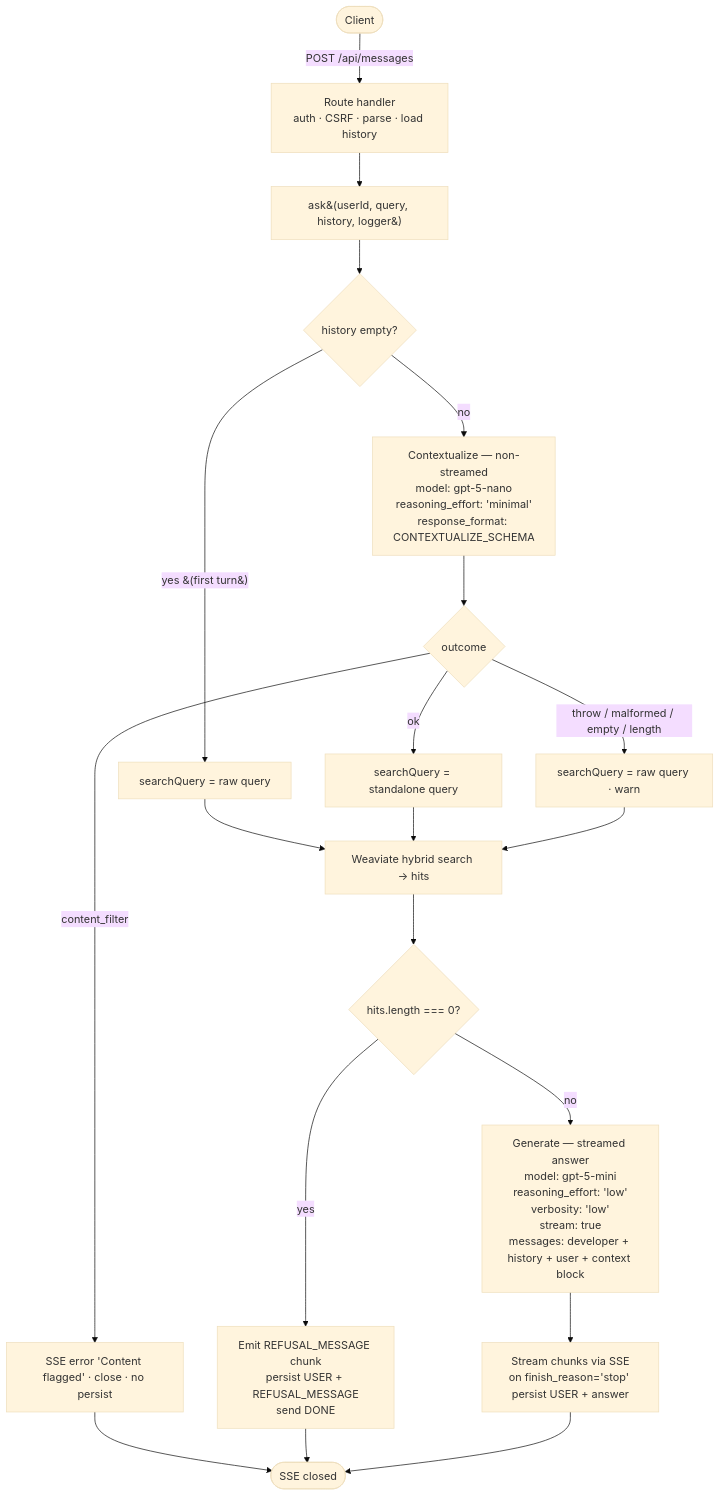
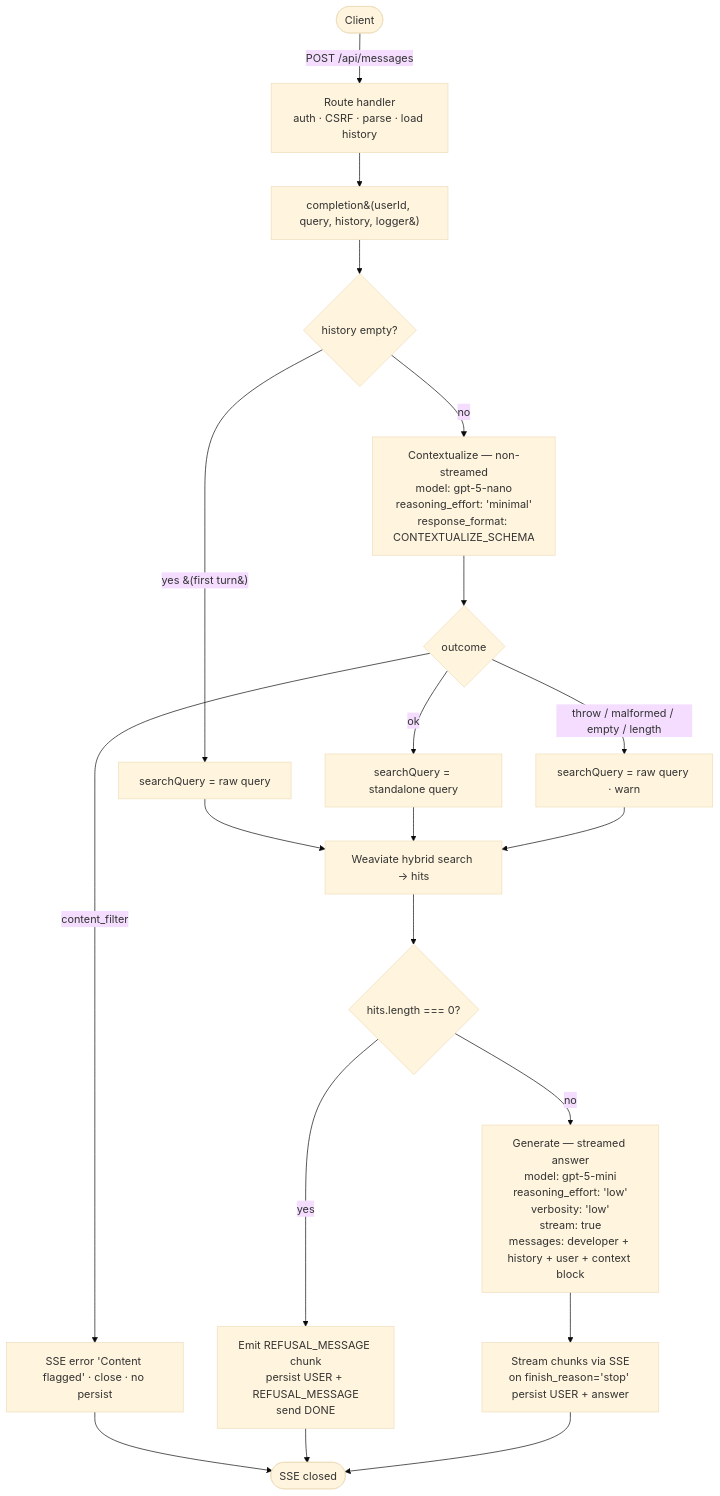
One commit to String-sg/onward changed the diagram in docs/superpowers/specs/2026-05-28-ask-ai-grounding-design.md. Above: the diagram before and after it, drawn with Mermaid (base theme). The commit also changed other lines of this file and 5 other files, not shown here.

````diff
--- a/docs/superpowers/specs/2026-05-28-ask-ai-grounding-design.md
+++ b/docs/superpowers/specs/2026-05-28-ask-ai-grounding-design.md
@@ -67,22 +67,22 @@
 ```mermaid
 flowchart TD
     Client([Client]) -->|POST /api/messages| Handler[Route handler<br/>auth · CSRF · parse · load history]
-    Handler --> Ask[ask&#40;userId, query, history, logger&#41;]
+    Handler --> Ask[completion&#40;userId, query, history, logger&#41;]
     Ask --> First{history empty?}
     First -->|yes &#40;first turn&#41;| RawQ[searchQuery = raw query]
     First -->|no| Ctx[Contextualize — non-streamed<br/>model: gpt-5-nano<br/>reasoning_effort: 'minimal'<br/>response_format: CONTEXTUALIZE_SCHEMA]
     Ctx --> CtxOut{outcome}
     CtxOut -->|content_filter| CtxErr[SSE error 'Content flagged' · close · no persist]
     CtxOut -->|ok| StdQ[searchQuery = standalone query]
     CtxOut -->|throw / malformed / empty / length| RawQ2[searchQuery = raw query · warn]
     RawQ --> Search
     StdQ --> Search
     RawQ2 --> Search
     Search[Weaviate hybrid search → hits] --> Gate{hits.length === 0?}
     Gate -->|yes| Refuse[Emit REFUSAL_MESSAGE chunk<br/>persist USER + REFUSAL_MESSAGE<br/>send DONE]
     Gate -->|no| Gen[Generate — streamed answer<br/>model: gpt-5-mini<br/>reasoning_effort: 'low'<br/>verbosity: 'low'<br/>stream: true<br/>messages: developer + history + user + context block]
     Gen --> Stream[Stream chunks via SSE<br/>on finish_reason='stop' persist USER + answer]
     CtxErr --> Done([SSE closed])
     Refuse --> Done
     Stream --> Done
 ```
````
